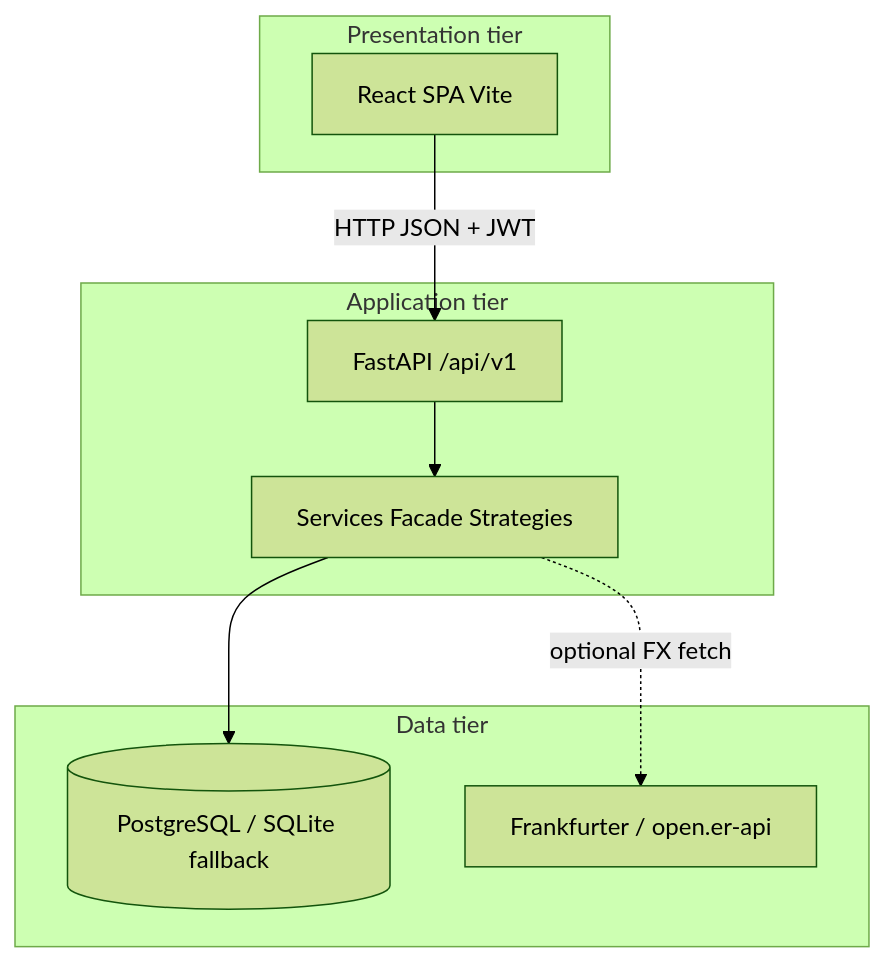
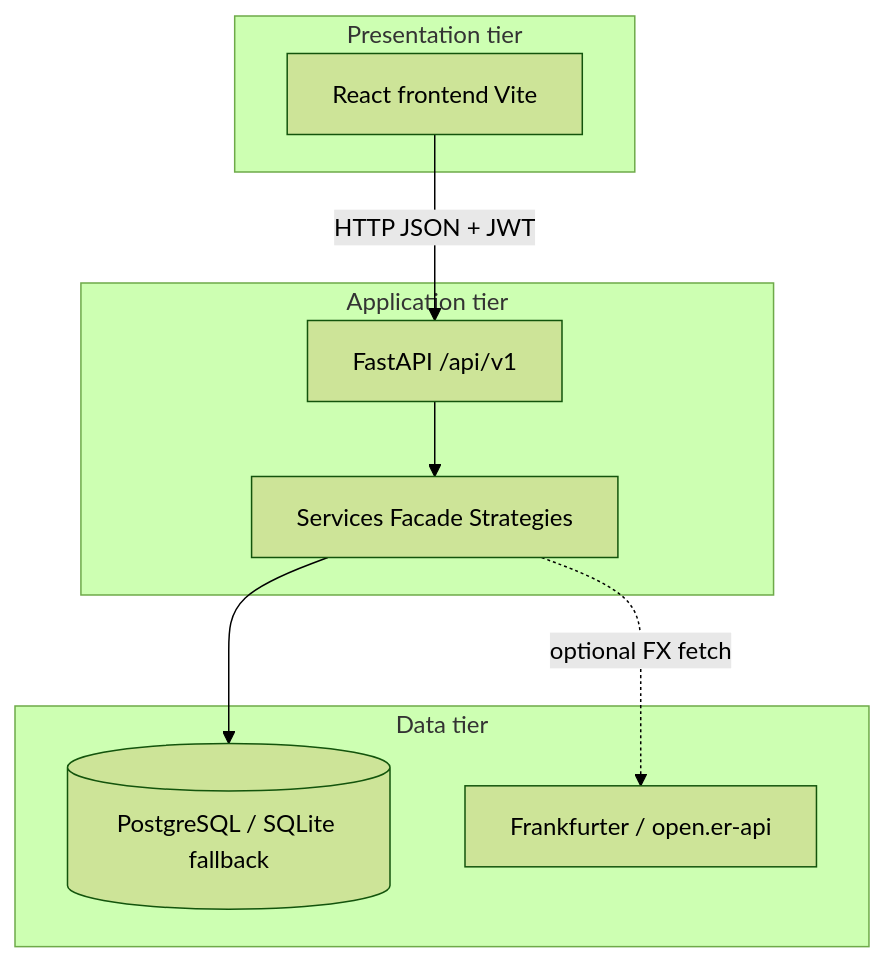
The first of 3 diagrams in docs/design/architecture.md (Nixon-Shibuchi/Tranz-Algo), drawn with Mermaid (forest theme) before and after one commit. The commit also changed 39 other files, not shown here.

````diff
--- a/docs/design/architecture.md
+++ b/docs/design/architecture.md
@@ -11,18 +11,18 @@
 ```mermaid
 flowchart TB
   subgraph client [Presentation tier]
-    UI[React SPA Vite]
+    UI[React frontend Vite]
   end
   subgraph api [Application tier]
     FastAPI["FastAPI /api/v1"]
     Svc[Services Facade Strategies]
     FastAPI --> Svc
   end
   subgraph data [Data tier]
     DB[(PostgreSQL / SQLite fallback)]
     FX[Frankfurter / open.er-api]
   end
   UI -->|HTTP JSON + JWT| FastAPI
   Svc --> DB
   Svc -.->|optional FX fetch| FX
 ```
````
